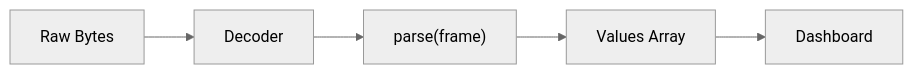
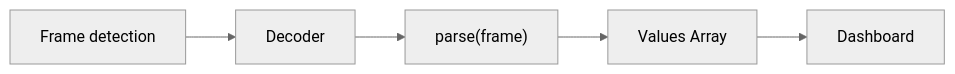
Before and after one commit to Serial-Studio/Serial-Studio: the diagram in doc/help/Frame-Parser.md, drawn with Mermaid (neutral theme). The commit also changed other lines of this file and 26 other files, not shown here.

````diff
--- a/doc/help/Frame-Parser.md
+++ b/doc/help/Frame-Parser.md
@@ -61,7 +67,7 @@
 ```mermaid
 flowchart LR
-    A["Raw Bytes"] --> B["Decoder"]
+    F["Frame detection"] --> B["Decoder"]
     B --> C["parse(frame)"]
     C --> D["Values Array"]
     D --> E["Dashboard"]
 ```
````
